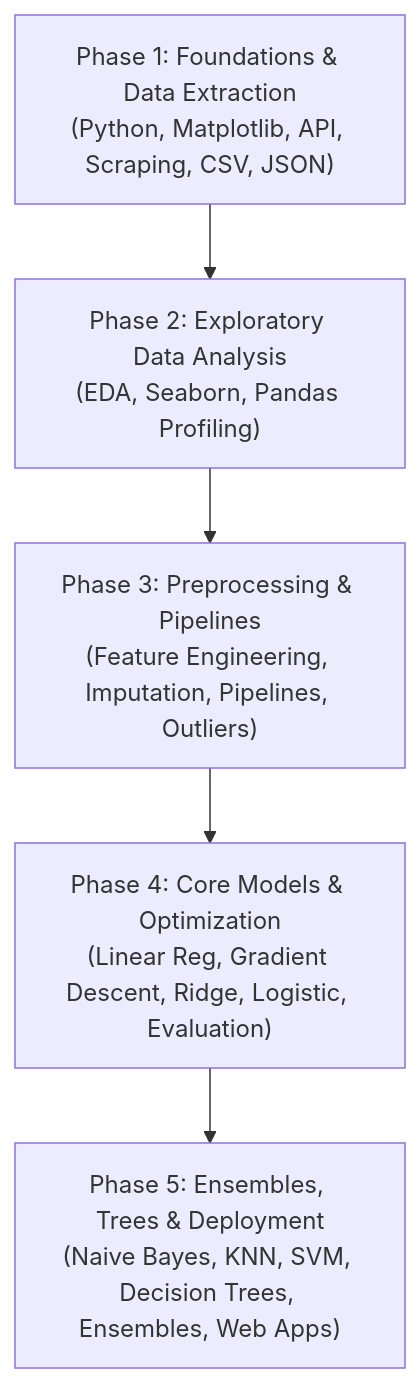
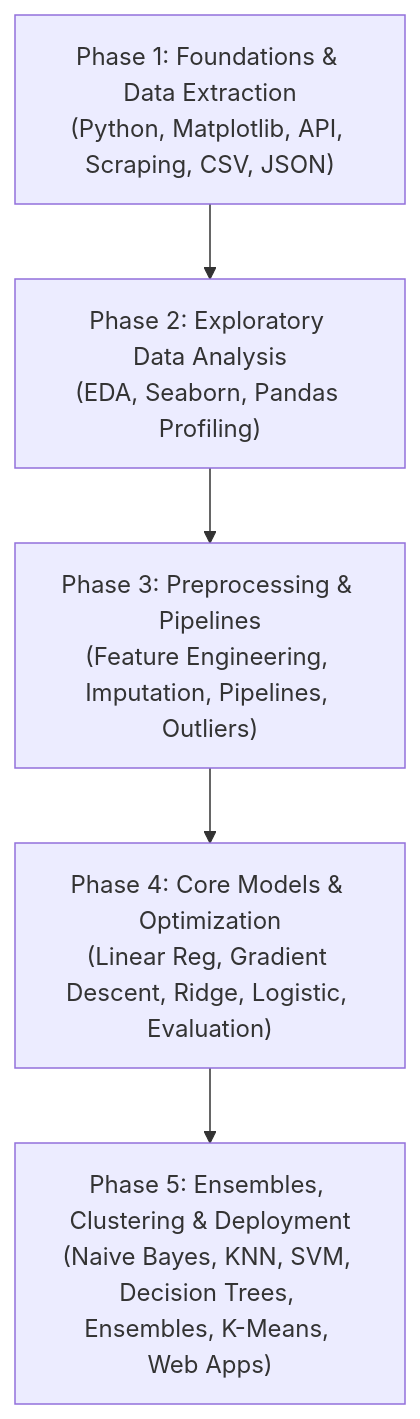
The diagram in README.md (swapnil3104/Machine-Learning-Journey), drawn with Mermaid before and after one commit. The commit also changed other lines of this file and 9 other files, not shown here.

Commit message:
Add K-Means clustering module, update Ensemble Techniques and root README with subtopic hyperlinks

````diff
--- a/README.md
+++ b/README.md
@@ -53,13 +58,13 @@
 ```mermaid
 flowchart TD
     Phase1["Phase 1: Foundations & Data Extraction<br/>(Python, Matplotlib, API, Scraping, CSV, JSON)"]
     Phase2["Phase 2: Exploratory Data Analysis<br/>(EDA, Seaborn, Pandas Profiling)"]
     Phase3["Phase 3: Preprocessing & Pipelines<br/>(Feature Engineering, Imputation, Pipelines, Outliers)"]
     Phase4["Phase 4: Core Models & Optimization<br/>(Linear Reg, Gradient Descent, Ridge, Logistic, Evaluation)"]
-    Phase5["Phase 5: Ensembles, Trees & Deployment<br/>(Naive Bayes, KNN, SVM, Decision Trees, Ensembles, Web Apps)"]
+    Phase5["Phase 5: Ensembles, Clustering & Deployment<br/>(Naive Bayes, KNN, SVM, Decision Trees, Ensembles, K-Means, Web Apps)"]
 
     Phase1 --> Phase2
     Phase2 --> Phase3
     Phase3 --> Phase4
     Phase4 --> Phase5
 ```
````
